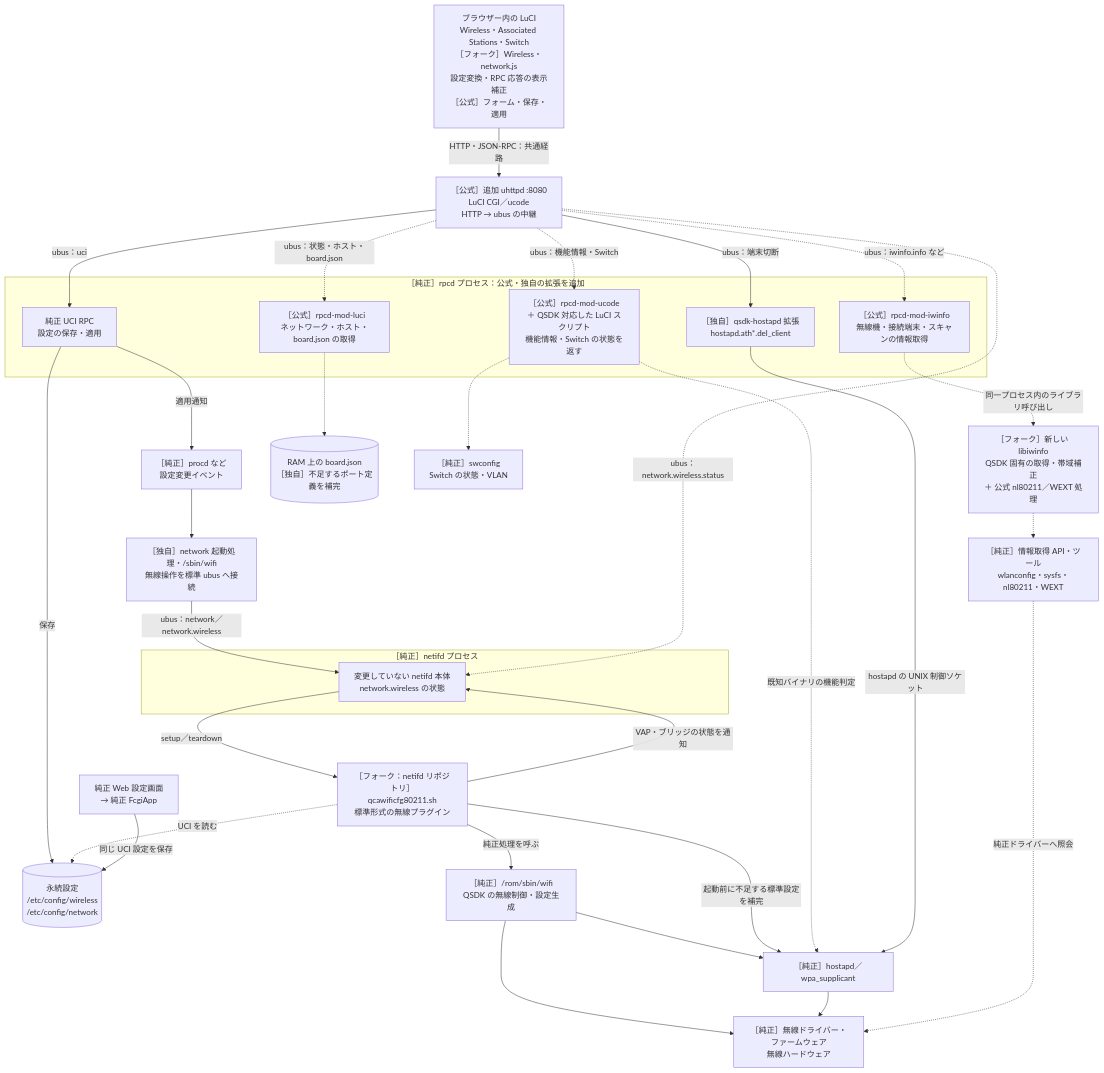
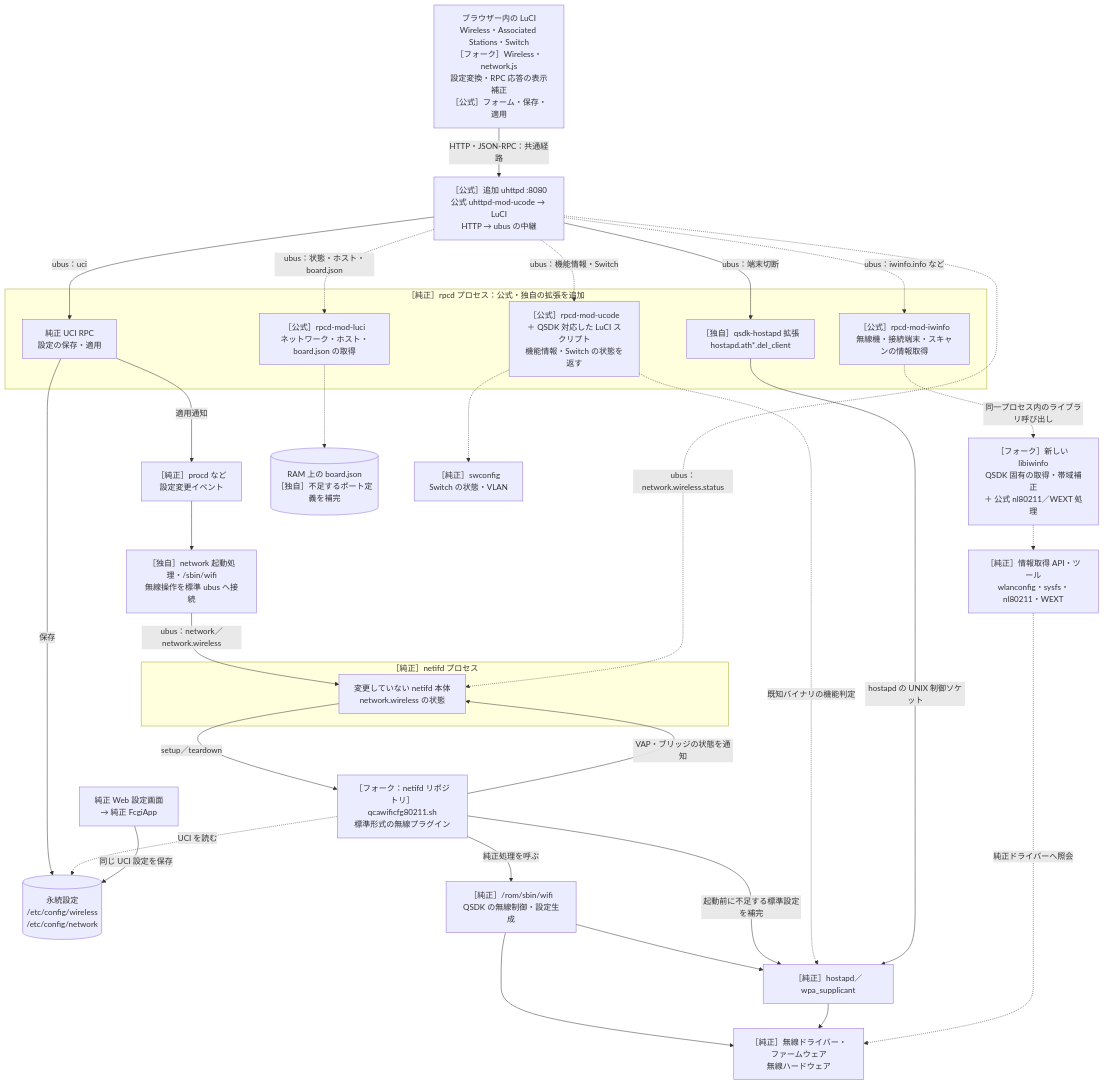
Before and after one commit to onokatio/luci: the first of 3 diagrams in README.md, drawn with Mermaid. The commit also changed other lines of this file and 1 other file, not shown here.

Commit message:
Document the official uhttpd ucode handler and private TLS runtime

````diff
--- a/README.md
+++ b/README.md
@@ -22,60 +22,60 @@
 ```mermaid
 flowchart TD
     UI["ブラウザー内の LuCI<br/>Wireless・Associated Stations・Switch<br/>［フォーク］Wireless・network.js<br/>設定変換・RPC 応答の表示補正<br/>［公式］フォーム・保存・適用"]
-    HTTP["［公式］追加 uhttpd :8080<br/>LuCI CGI／ucode<br/>HTTP → ubus の中継"]
+    HTTP["［公式］追加 uhttpd :8080<br/>公式 uhttpd-mod-ucode → LuCI<br/>HTTP → ubus の中継"]
 
     subgraph RPC["［純正］rpcd プロセス：公式・独自の拡張を追加"]
         UCIAPI["純正 UCI RPC<br/>設定の保存・適用"]
         LRPC["［公式］rpcd-mod-luci<br/>ネットワーク・ホスト・board.json の取得"]
         IRPC["［公式］rpcd-mod-iwinfo<br/>無線機・接続端末・スキャンの情報取得"]
         URPC["［公式］rpcd-mod-ucode<br/>＋ QSDK 対応した LuCI スクリプト<br/>機能情報・Switch の状態を返す"]
         DISCONNECT["［独自］qsdk-hostapd 拡張<br/>hostapd.ath*.del_client"]
     end
 
     CONFIG[("永続設定<br/>/etc/config/wireless<br/>/etc/config/network")]
     EVENT["［純正］procd など<br/>設定変更イベント"]
     WRAP["［独自］network 起動処理・/sbin/wifi<br/>無線操作を標準 ubus へ接続"]
 
     subgraph NET["［純正］netifd プロセス"]
         CORE["変更していない netifd 本体<br/>network.wireless の状態"]
     end
 
     PLUGIN["［フォーク：netifd リポジトリ］<br/>qcawificfg80211.sh<br/>標準形式の無線プラグイン"]
     OEM["［純正］/rom/sbin/wifi<br/>QSDK の無線制御・設定生成"]
     AUTH["［純正］hostapd／wpa_supplicant"]
     DRIVER["［純正］無線ドライバー・ファームウェア<br/>無線ハードウェア"]
     NATIVE["［純正］情報取得 API・ツール<br/>wlanconfig・sysfs・nl80211・WEXT"]
     IW["［フォーク］新しい libiwinfo<br/>QSDK 固有の取得・帯域補正<br/>＋ 公式 nl80211／WEXT 処理"]
     BOARD[("RAM 上の board.json<br/>［独自］不足するポート定義を補完")]
     SW["［純正］swconfig<br/>Switch の状態・VLAN"]
     WEB["純正 Web 設定画面<br/>→ 純正 FcgiApp"]
 
     UI -->|"HTTP・JSON-RPC：共通経路"| HTTP
     HTTP -->|"ubus：uci"| UCIAPI
     UCIAPI -->|"保存"| CONFIG
     UCIAPI -->|"適用通知"| EVENT
     EVENT --> WRAP
     WRAP -->|"ubus：network／network.wireless"| CORE
     CORE -->|"setup／teardown"| PLUGIN
     PLUGIN -.->|"UCI を読む"| CONFIG
     PLUGIN -->|"純正処理を呼ぶ"| OEM
     OEM --> AUTH
     OEM --> DRIVER
     AUTH --> DRIVER
     PLUGIN -->|"起動前に不足する標準設定を補完"| AUTH
     PLUGIN -->|"VAP・ブリッジの状態を通知"| CORE
     WEB -->|"同じ UCI 設定を保存"| CONFIG
 
     HTTP -.->|"ubus：状態・ホスト・board.json"| LRPC
     HTTP -.->|"ubus：iwinfo.info など"| IRPC
     HTTP -.->|"ubus：機能情報・Switch"| URPC
     HTTP -->|"ubus：端末切断"| DISCONNECT
     HTTP -.->|"ubus：network.wireless.status"| CORE
     IRPC -.->|"同一プロセス内のライブラリ呼び出し"| IW
     IW -.-> NATIVE
     NATIVE -.->|"純正ドライバーへ照会"| DRIVER
     LRPC -.-> BOARD
     URPC -.-> SW
     URPC -.->|"既知バイナリの機能判定"| AUTH
     DISCONNECT -->|"hostapd の UNIX 制御ソケット"| AUTH
 ```
````
